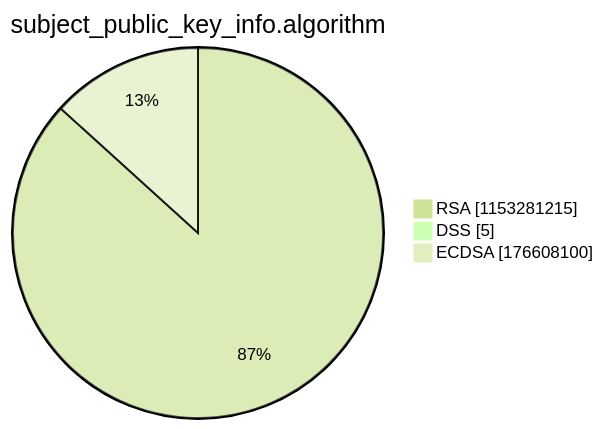
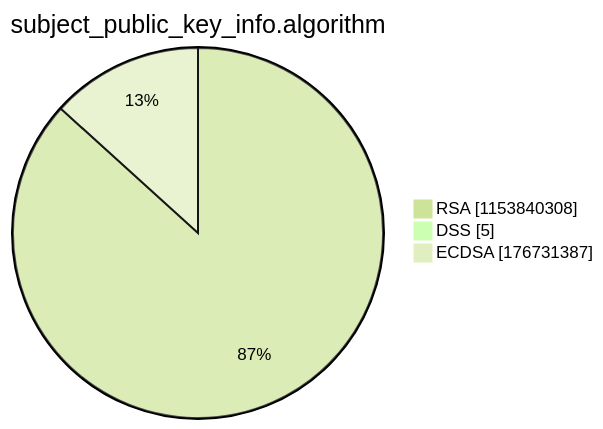
The third of 15 diagrams in argon2022/README.md (christiankrug/ctmonitor_visualization), drawn with Mermaid (forest theme) before and after one commit. The commit also changed other lines of this file, not shown here.

````diff
--- a/argon2022/README.md
+++ b/argon2022/README.md
@@ -14,7 +14,7 @@
 ```mermaid
 pie showData
 title subject_public_key_info.algorithm
-"RSA" :1153281215
+"RSA" :1153840308
 "DSS" :5
-"ECDSA" :176608100
+"ECDSA" :176731387
 ```
````
